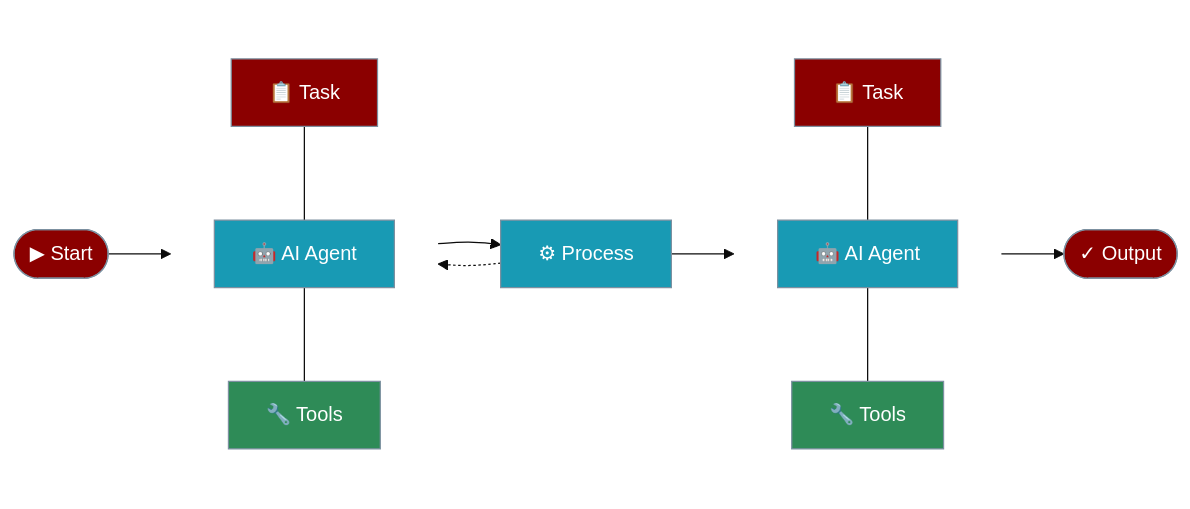
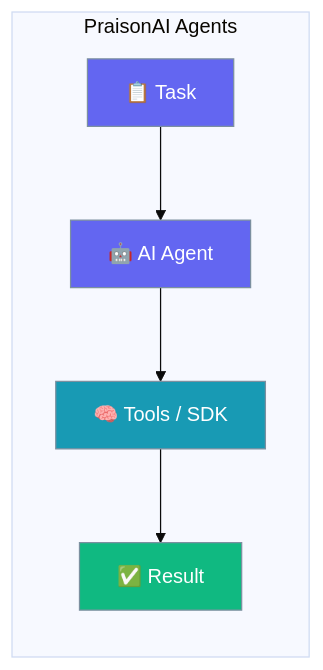
One commit to MervinPraison/PraisonAIDocs changed the first of 2 diagrams in docs/agents/agents.mdx. Above: the diagram before and after it, drawn with Mermaid (base theme). The commit also changed other lines of this file and 1 other file, not shown here.

Commit message:
docs: AGENTS.md compliance for agents index, context-agent (#1733)

````diff
--- a/docs/agents/agents.mdx
+++ b/docs/agents/agents.mdx
@@ -9,38 +18,16 @@
 ```mermaid
 graph LR
-    %% Define the main flow
-    Start([▶ Start]) --> Agent1
-    Agent1 --> Process[⚙ Process]
-    Process --> Agent2
-    Agent2 --> Output([✓ Output])
-    Process -.-> Agent1
-    
-    %% Define subgraphs for agents and their tasks
-    subgraph Agent1[ ]
-        Task1[📋 Task]
-        AgentIcon1[🤖 AI Agent]
-        Tools1[🔧 Tools]
-        
-        Task1 --- AgentIcon1
-        AgentIcon1 --- Tools1
-    end
-    
-    subgraph Agent2[ ]
-        Task2[📋 Task]
-        AgentIcon2[🤖 AI Agent]
-        Tools2[🔧 Tools]
-        
-        Task2 --- AgentIcon2
-        AgentIcon2 --- Tools2
+    subgraph "PraisonAI Agents"
+        Task[📋 Task] --> Agent[🤖 AI Agent]
+        Agent --> Tools[🧠 Tools / SDK]
+        Tools --> Output[✅ Result]
     end
 
-    classDef input fill:#8B0000,stroke:#7C90A0,color:#fff
+    classDef input fill:#6366F1,stroke:#7C90A0,color:#fff
     classDef process fill:#189AB4,stroke:#7C90A0,color:#fff
-    classDef tools fill:#2E8B57,stroke:#7C90A0,color:#fff
-    classDef transparent fill:none,stroke:none
+    classDef output fill:#10B981,stroke:#7C90A0,color:#fff
 
-    class Start,Output,Task1,Task2 input
-    class Process,AgentIcon1,AgentIcon2 process
-    class Tools1,Tools2 tools
-    class Agent1,Agent2 transparent
+    class Task,Agent input
+    class Tools process
+    class Output output
 ```
````
